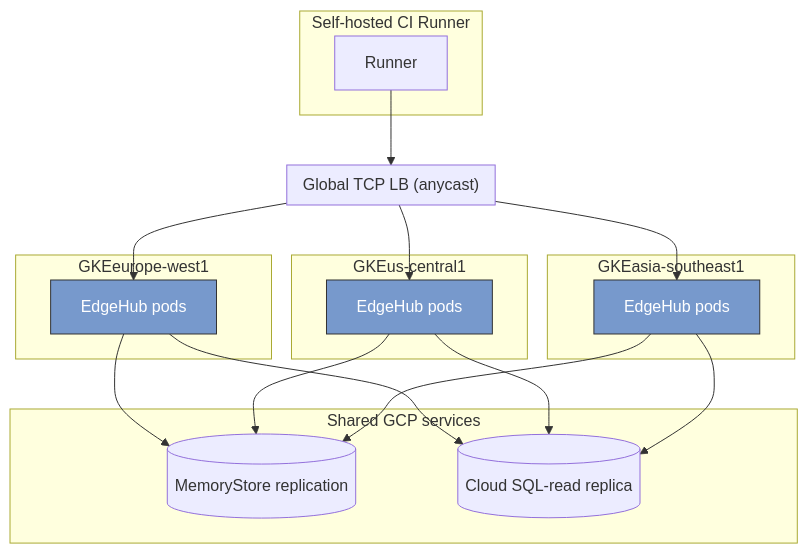
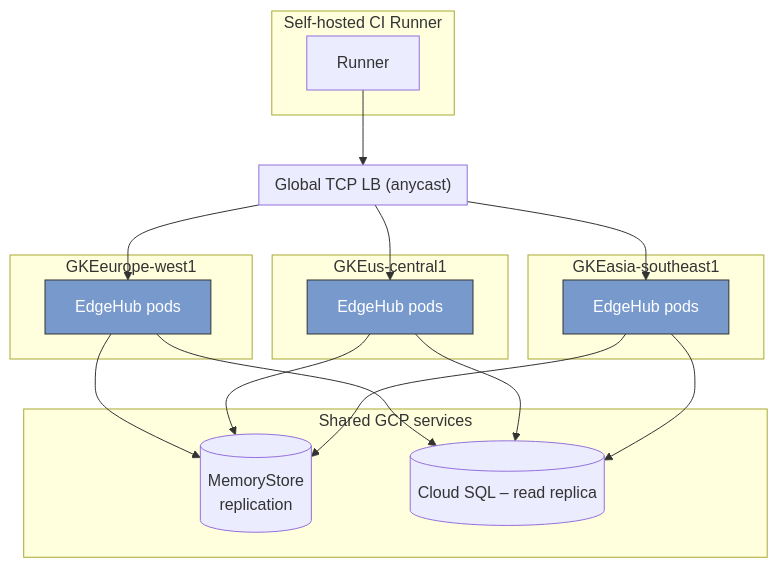
Before and after one commit to microscaler/fleetingdns: the second of 2 diagrams in docs/engineering/E0-Cloud_POC_infrastructure.md, drawn with Mermaid. The commit also changed other lines of this file and 3 other files, not shown here.

Commit message:
Updates to architecture

````diff
--- a/docs/engineering/E0-Cloud_POC_infrastructure.md
+++ b/docs/engineering/E0-Cloud_POC_infrastructure.md
@@ -137,31 +146,32 @@
 ```mermaid
 flowchart TD
   subgraph GlobalLB["Global TCP LB (anycast)"]
   end
 
   subgraph EU["GKEeurope‑west1"]
     EdgeEU[EdgeHub pods]
   end
   subgraph US["GKEus‑central1"]
     EdgeUS[EdgeHub pods]
   end
   subgraph APAC["GKEasia‑southeast1"]
     EdgeAP[EdgeHub pods]
   end
   GlobalLB --> EdgeEU & EdgeUS & EdgeAP
   classDef edge fill:#79c,stroke:#333,color:#fff;
   class EdgeEU,EdgeUS,EdgeAP edge;
 
   subgraph ManagedGcp["Shared GCP services"]
-    RedisG[(MemoryStore replication)]
-    SQLG[(Cloud SQL-read replica)]
+    RedisG[(MemoryStore
+replication)]
+    SQLG[(Cloud SQL – read replica)]
   end
   EdgeEU --> RedisG & SQLG
   EdgeUS --> RedisG & SQLG
   EdgeAP --> RedisG & SQLG
 
   subgraph Hetzner["Self‑hosted CI Runner"]
     RunnerH[Runner]
   end
   RunnerH --> GlobalLB
 ```
````
